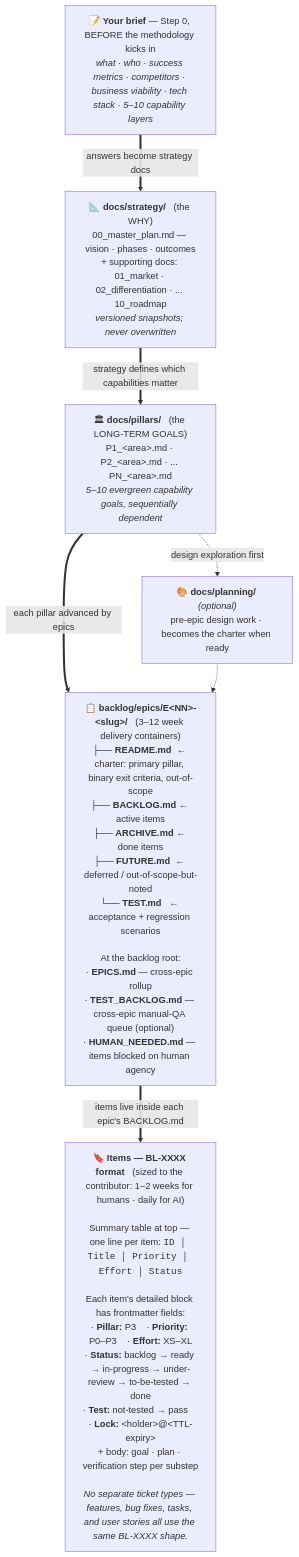
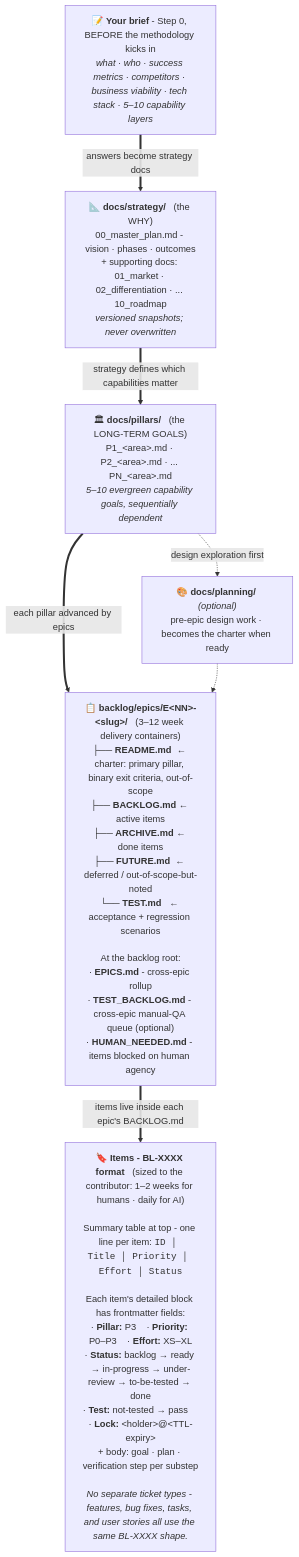
Before and after one commit to Korner83/ai-development-methodology: the second of 2 diagrams in README.md, drawn with Mermaid. The commit also changed other lines of this file, not shown here.

````diff
--- a/README.md
+++ b/README.md
@@ -154,23 +154,23 @@
 ```mermaid
 flowchart TB
-    BRIEF["📝 <b>Your brief</b> — Step 0, BEFORE the methodology kicks in<br/><i>what · who · success metrics · competitors · business viability · tech stack · 5–10 capability layers</i>"]
+    BRIEF["📝 <b>Your brief</b> - Step 0, BEFORE the methodology kicks in<br/><i>what · who · success metrics · competitors · business viability · tech stack · 5–10 capability layers</i>"]
 
     BRIEF ==>|"answers become strategy docs"| STRAT
 
-    STRAT["📐 <b>docs/strategy/</b> &nbsp; (the WHY)<br/>00_master_plan.md — vision · phases · outcomes<br/>+ supporting docs: 01_market · 02_differentiation · ... 10_roadmap<br/><i>versioned snapshots; never overwritten</i>"]
+    STRAT["📐 <b>docs/strategy/</b> &nbsp; (the WHY)<br/>00_master_plan.md - vision · phases · outcomes<br/>+ supporting docs: 01_market · 02_differentiation · ... 10_roadmap<br/><i>versioned snapshots; never overwritten</i>"]
 
     STRAT ==>|"strategy defines which capabilities matter"| PIL
 
     PIL["🏛 <b>docs/pillars/</b> &nbsp; (the LONG-TERM GOALS)<br/>P1_&lt;area&gt;.md · P2_&lt;area&gt;.md · ... PN_&lt;area&gt;.md<br/><i>5–10 evergreen capability goals, sequentially dependent</i>"]
 
     PIL ==>|"each pillar advanced by epics"| EPICS
     PIL -.->|"design exploration first"| PLAN
     PLAN["🎨 <b>docs/planning/</b> <i>(optional)</i><br/>pre-epic design work · becomes the charter when ready"]
     PLAN -.-> EPICS
 
-    EPICS["📋 <b>backlog/epics/E&lt;NN&gt;-&lt;slug&gt;/</b> &nbsp; (3–12 week delivery containers)<br/>├── <b>README.md</b> &nbsp;← charter: primary pillar, binary exit criteria, out-of-scope<br/>├── <b>BACKLOG.md</b> ← active items<br/>├── <b>ARCHIVE.md</b> ← done items<br/>├── <b>FUTURE.md</b> &nbsp;← deferred / out-of-scope-but-noted<br/>└── <b>TEST.md</b> &nbsp; ← acceptance + regression scenarios<br/><br/>At the backlog root:<br/>· <b>EPICS.md</b> — cross-epic rollup<br/>· <b>TEST_BACKLOG.md</b> — cross-epic manual-QA queue (optional)<br/>· <b>HUMAN_NEEDED.md</b> — items blocked on human agency"]
+    EPICS["📋 <b>backlog/epics/E&lt;NN&gt;-&lt;slug&gt;/</b> &nbsp; (3–12 week delivery containers)<br/>├── <b>README.md</b> &nbsp;← charter: primary pillar, binary exit criteria, out-of-scope<br/>├── <b>BACKLOG.md</b> ← active items<br/>├── <b>ARCHIVE.md</b> ← done items<br/>├── <b>FUTURE.md</b> &nbsp;← deferred / out-of-scope-but-noted<br/>└── <b>TEST.md</b> &nbsp; ← acceptance + regression scenarios<br/><br/>At the backlog root:<br/>· <b>EPICS.md</b> - cross-epic rollup<br/>· <b>TEST_BACKLOG.md</b> - cross-epic manual-QA queue (optional)<br/>· <b>HUMAN_NEEDED.md</b> - items blocked on human agency"]
 
     EPICS ==>|"items live inside each epic's BACKLOG.md"| ITEMS
 
-    ITEMS["🔖 <b>Items — BL-XXXX format</b> &nbsp; (sized to the contributor: 1–2 weeks for humans · daily for AI)<br/><br/>Summary table at top — one line per item: <code>ID │ Title │ Priority │ Effort │ Status</code><br/><br/>Each item's detailed block has frontmatter fields:<br/>· <b>Pillar:</b> P3 &nbsp;&nbsp; · <b>Priority:</b> P0–P3 &nbsp;&nbsp; · <b>Effort:</b> XS–XL<br/>· <b>Status:</b> backlog → ready → in-progress → under-review → to-be-tested → done<br/>· <b>Test:</b> not-tested → pass &nbsp;&nbsp; · <b>Lock:</b> &lt;holder&gt;@&lt;TTL-expiry&gt;<br/>+ body: goal · plan · verification step per substep<br/><br/><i>No separate ticket types — features, bug fixes, tasks, and user stories all use the same BL-XXXX shape.</i>"]
+    ITEMS["🔖 <b>Items - BL-XXXX format</b> &nbsp; (sized to the contributor: 1–2 weeks for humans · daily for AI)<br/><br/>Summary table at top - one line per item: <code>ID │ Title │ Priority │ Effort │ Status</code><br/><br/>Each item's detailed block has frontmatter fields:<br/>· <b>Pillar:</b> P3 &nbsp;&nbsp; · <b>Priority:</b> P0–P3 &nbsp;&nbsp; · <b>Effort:</b> XS–XL<br/>· <b>Status:</b> backlog → ready → in-progress → under-review → to-be-tested → done<br/>· <b>Test:</b> not-tested → pass &nbsp;&nbsp; · <b>Lock:</b> &lt;holder&gt;@&lt;TTL-expiry&gt;<br/>+ body: goal · plan · verification step per substep<br/><br/><i>No separate ticket types - features, bug fixes, tasks, and user stories all use the same BL-XXXX shape.</i>"]
 ```
````
